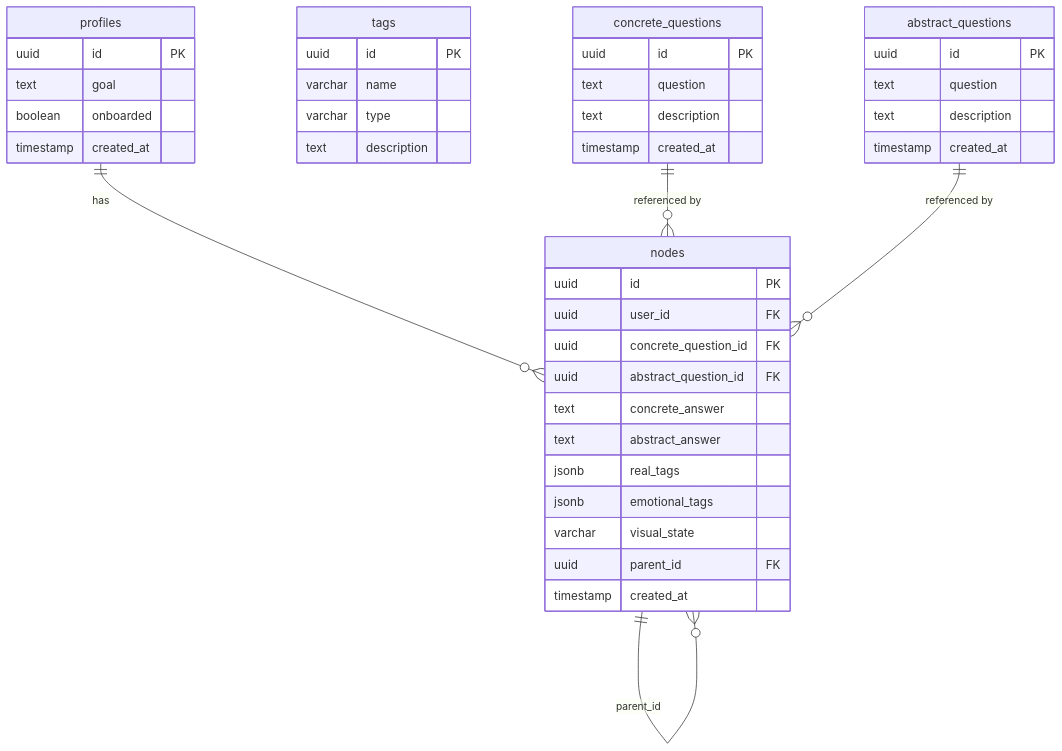
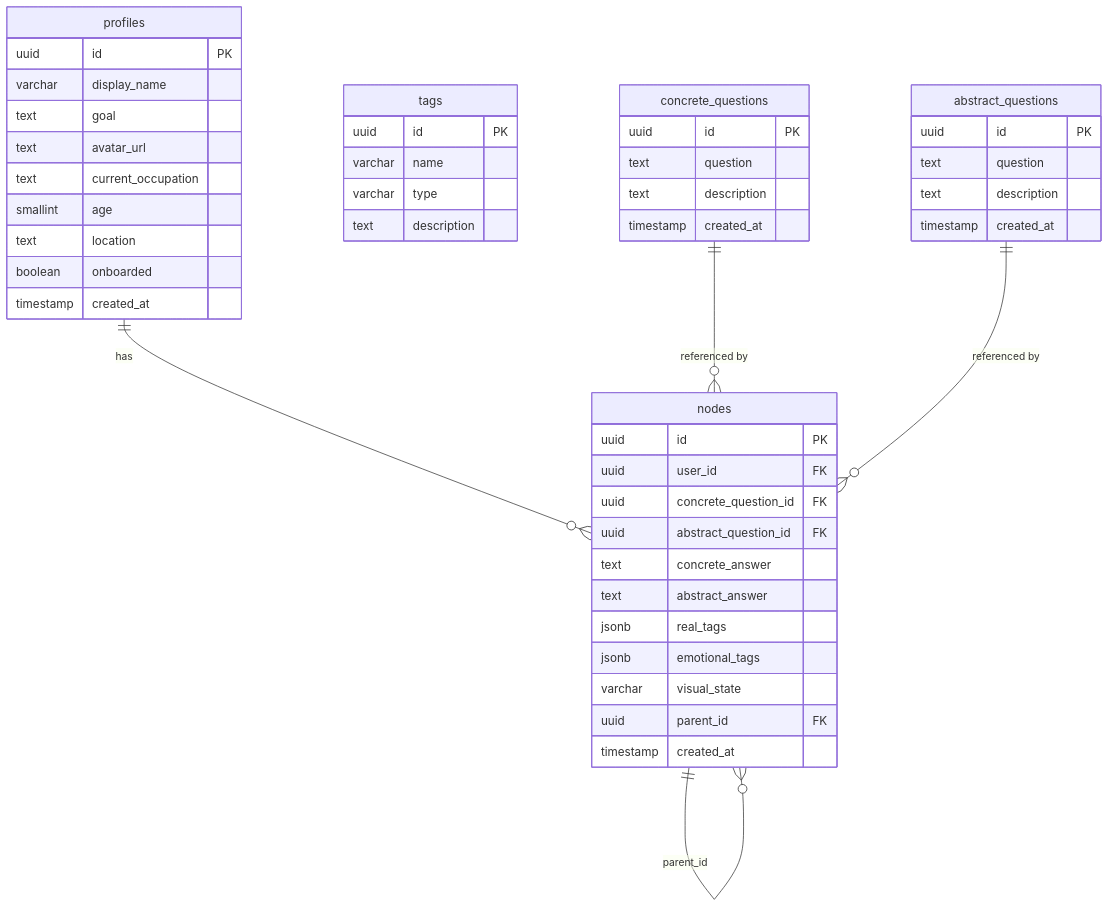
Before and after one commit to Asheze1127/hackathon-2026-in-apu: the diagram in docs/details/05_erd.md, drawn with Mermaid. The commit also changed other lines of this file and 28 other files, not shown here.

````diff
--- a/docs/details/05_erd.md
+++ b/docs/details/05_erd.md
@@ -32,49 +32,54 @@
 ```mermaid
 erDiagram
     profiles {
         uuid id PK
+        varchar display_name
         text goal
+        text avatar_url
+        text current_occupation
+        smallint age
+        text location
         boolean onboarded
         timestamp created_at
     }
 
     tags {
         uuid id PK
         varchar name
         varchar type
         text description
     }
 
     abstract_questions {
         uuid id PK
         text question
         text description
         timestamp created_at
     }
 
     concrete_questions {
         uuid id PK
         text question
         text description
         timestamp created_at
     }
 
     nodes {
         uuid id PK
         uuid user_id FK
         uuid concrete_question_id FK
         uuid abstract_question_id FK
         text concrete_answer
         text abstract_answer
         jsonb real_tags
         jsonb emotional_tags
         varchar visual_state
         uuid parent_id FK
         timestamp created_at
     }
 
     profiles ||--o{ nodes : "has"
     concrete_questions ||--o{ nodes : "referenced by"
     abstract_questions ||--o{ nodes : "referenced by"
     nodes ||--o{ nodes : "parent_id"
 ```
````
